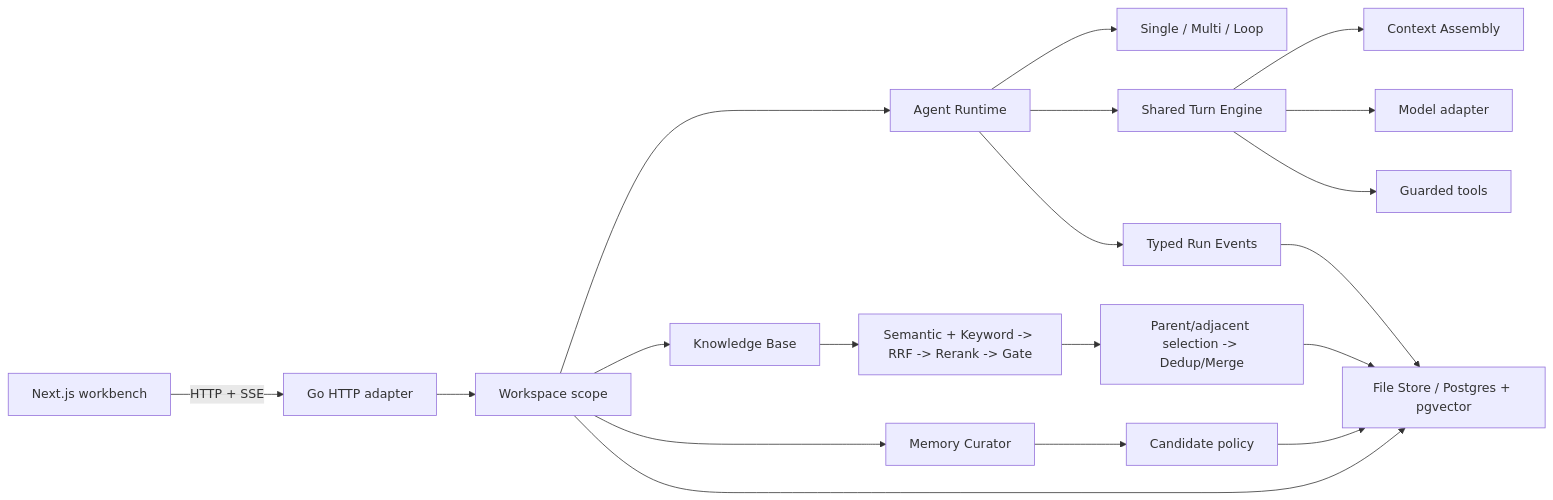
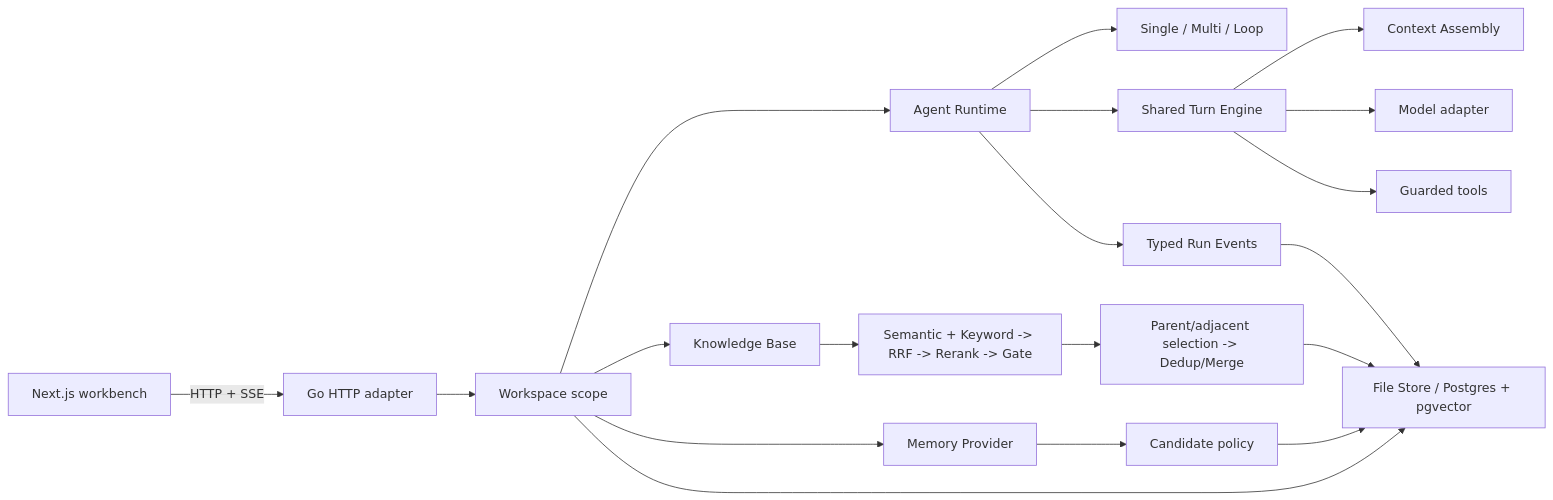
Before and after one commit to hoiyd/agentflow-platform: the diagram in README.md, drawn with Mermaid. The commit also changed 32 other files, not shown here.

First line of the commit message:
Codex/memory provider lifecycle (#79)

````diff
--- a/README.md
+++ b/README.md
@@ -104,21 +104,21 @@
 ```mermaid
 flowchart LR
     UI["Next.js workbench"] -->|"HTTP + SSE"| HTTP["Go HTTP adapter"]
     HTTP --> Scope["Workspace scope"]
     Scope --> Runtime["Agent Runtime"]
     Runtime --> Modes["Single / Multi / Loop"]
     Runtime --> Turn["Shared Turn Engine"]
     Turn --> Context["Context Assembly"]
     Turn --> Model["Model adapter"]
     Turn --> Tools["Guarded tools"]
     Runtime --> Events["Typed Run Events"]
     Scope --> Knowledge["Knowledge Base"]
     Knowledge --> Retrieval["Semantic + Keyword -> RRF -> Rerank -> Gate"]
     Retrieval --> Transform["Parent/adjacent selection -> Dedup/Merge"]
-    Scope --> Memory["Memory Curator"]
+    Scope --> Memory["Memory Provider"]
     Memory --> Candidates["Candidate policy"]
     Scope --> Store["File Store / Postgres + pgvector"]
     Events --> Store
     Candidates --> Store
     Transform --> Store
 ```
````
